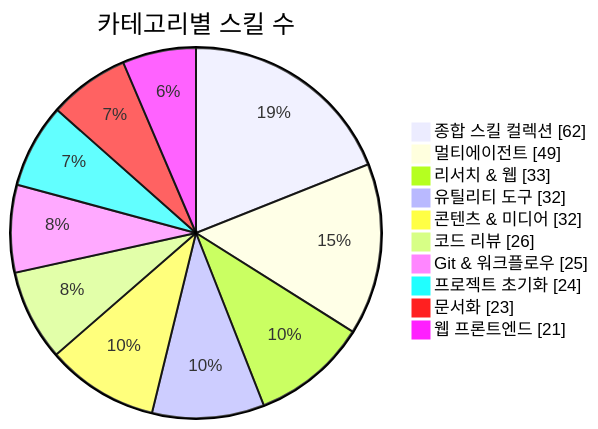
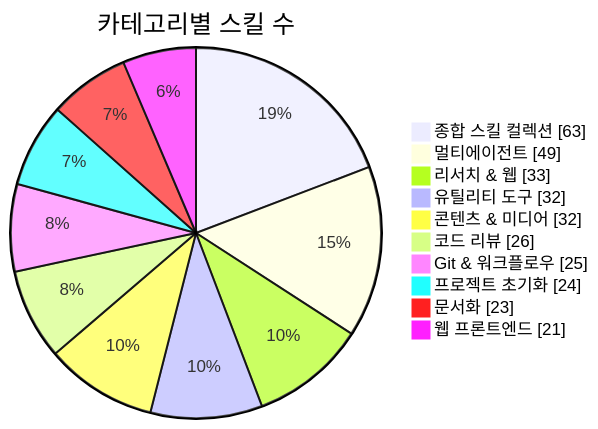
Before and after one commit to J-nowcow/awesome-korean-agent-skills: the first of 3 diagrams in README.md, drawn with Mermaid. The commit also changed other lines of this file and 3 other files, not shown here.

````diff
--- a/README.md
+++ b/README.md
@@ -176,14 +176,14 @@
 ```mermaid
 pie showData
     title 카테고리별 스킬 수
-    "종합 스킬 컬렉션" : 62
+    "종합 스킬 컬렉션" : 63
     "멀티에이전트" : 49
     "리서치 & 웹" : 33
     "유틸리티 도구" : 32
     "콘텐츠 & 미디어" : 32
     "코드 리뷰" : 26
     "Git & 워크플로우" : 25
     "프로젝트 초기화" : 24
     "문서화" : 23
     "웹 프론트엔드" : 21
 ```
````
